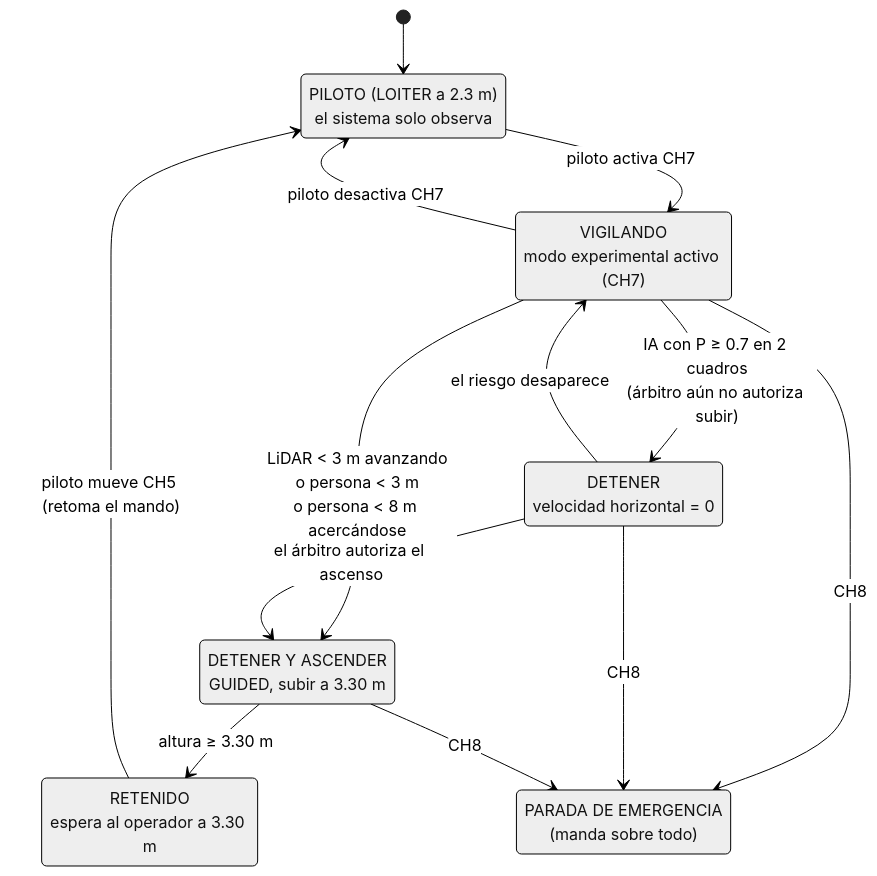
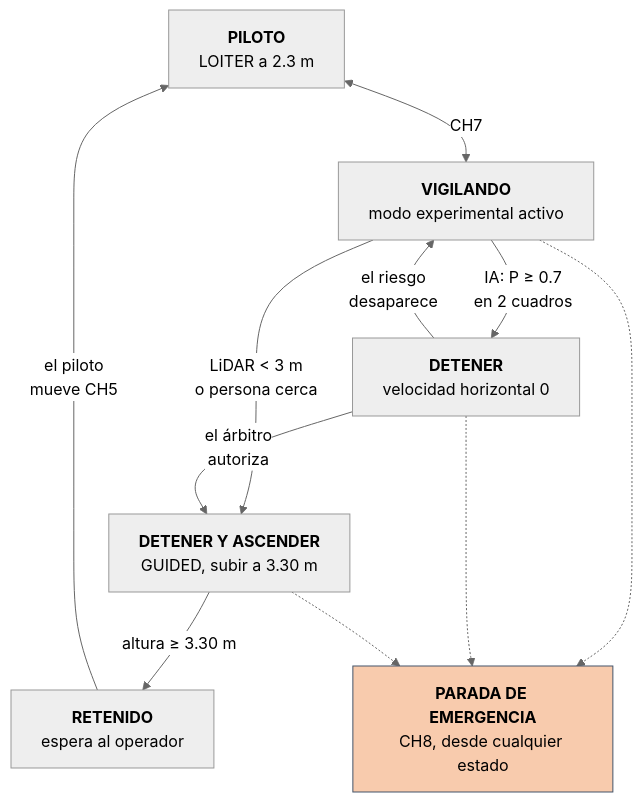
Before and after one commit to brahianorrego/Tesis-IA-Drone: the diagram in docs/documento/diagramas/02_estados.mmd, drawn with Mermaid (neutral theme). The commit also changed 30 other files, not shown here.

First line of the commit message:
Documento v5: antecedentes completos, tablas con cuadrícula uniforme, diagramas rehechos, preparación de la jornada en 2.3.5

```diff
--- a/docs/documento/diagramas/02_estados.mmd
+++ b/docs/documento/diagramas/02_estados.mmd
@@ -1,19 +1,18 @@
-stateDiagram-v2
-    [*] --> PILOTO
-    PILOTO: PILOTO (LOITER a 2.3 m)<br/>el sistema solo observa
-    VIGILANDO: VIGILANDO<br/>modo experimental activo (CH7)
-    DETENER: DETENER<br/>velocidad horizontal = 0
-    ASCENDER: DETENER Y ASCENDER<br/>GUIDED, subir a 3.30 m
-    RETENIDO: RETENIDO<br/>espera al operador a 3.30 m
-    PILOTO --> VIGILANDO: piloto activa CH7
-    VIGILANDO --> PILOTO: piloto desactiva CH7
-    VIGILANDO --> DETENER: IA con P ≥ 0.7 en 2 cuadros<br/>(árbitro aún no autoriza subir)
-    VIGILANDO --> ASCENDER: LiDAR < 3 m avanzando<br/>o persona < 3 m<br/>o persona < 8 m acercándose
-    DETENER --> ASCENDER: el árbitro autoriza el ascenso
-    DETENER --> VIGILANDO: el riesgo desaparece
-    ASCENDER --> RETENIDO: altura ≥ 3.30 m
-    RETENIDO --> PILOTO: piloto mueve CH5 (retoma el mando)
-    VIGILANDO --> PARADA: CH8
-    DETENER --> PARADA: CH8
-    ASCENDER --> PARADA: CH8
-    PARADA: PARADA DE EMERGENCIA<br/>(manda sobre todo)
+flowchart TB
+    PIL["<b>PILOTO</b><br/>LOITER a 2.3 m"]
+    VIG["<b>VIGILANDO</b><br/>modo experimental activo"]
+    DET["<b>DETENER</b><br/>velocidad horizontal 0"]
+    ASC["<b>DETENER Y ASCENDER</b><br/>GUIDED, subir a 3.30 m"]
+    RET["<b>RETENIDO</b><br/>espera al operador"]
+    PAR["<b>PARADA DE EMERGENCIA</b><br/>CH8, desde cualquier estado"]
+    PIL <-->|"CH7"| VIG
+    VIG -->|"IA: P ≥ 0.7<br/>en 2 cuadros"| DET
+    VIG -->|"LiDAR < 3 m<br/>o persona cerca"| ASC
+    DET -->|"el árbitro<br/>autoriza"| ASC
+    DET -->|"el riesgo<br/>desaparece"| VIG
+    ASC -->|"altura ≥ 3.30 m"| RET
+    RET -->|"el piloto<br/>mueve CH5"| PIL
+    VIG -.-> PAR
+    DET -.-> PAR
+    ASC -.-> PAR
+    style PAR fill:#F8CBAD,stroke:#44546A
```
